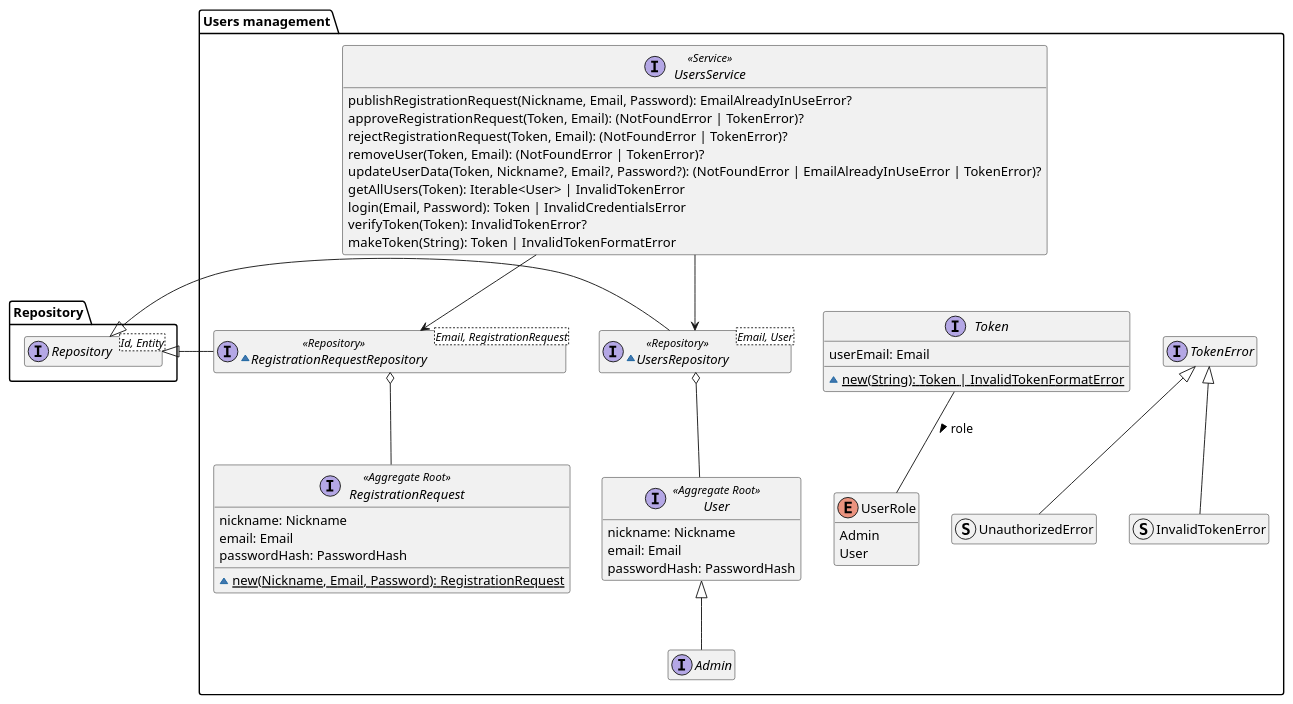
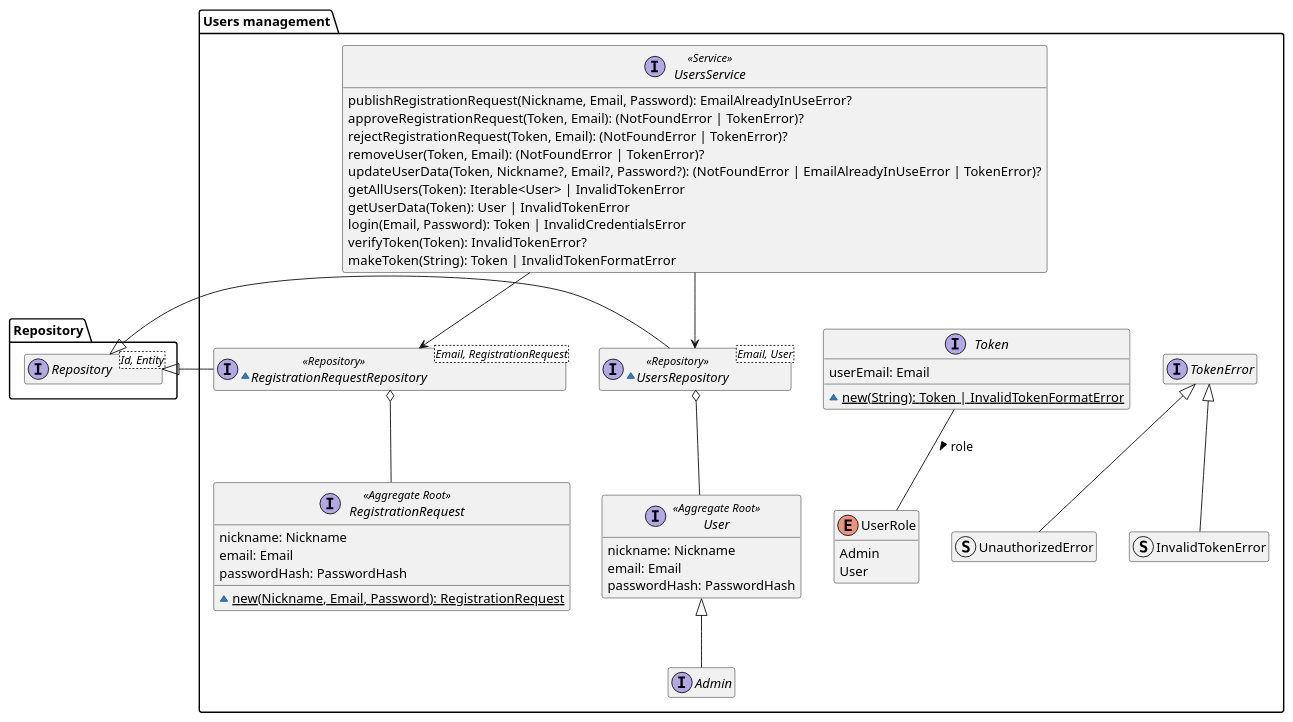
Before and after one commit to DomoticASW/.github: the diagram in diagrams/src/users-management-domain-model.puml, drawn with PlantUML. The commit also changed 1 other file, not shown here.

```diff
--- a/diagrams/src/users-management-domain-model.puml
+++ b/diagrams/src/users-management-domain-model.puml
@@ -1,65 +1,66 @@
 @startuml users-management-domain-model
 
 hide empty members
 package Repository{
     interface Repository<Id, Entity>
 }
 
 package "Users management" as Users {
     interface User <<Aggregate Root>> {
         nickname: Nickname
         email: Email
         passwordHash: PasswordHash
     }
     interface Admin extends User
 
     interface RegistrationRequest <<Aggregate Root>> {
         nickname: Nickname
         email: Email
         passwordHash: PasswordHash
         ~{static} new(Nickname, Email, Password): RegistrationRequest
     }
 
     interface Token {
         userEmail: Email
         ~{static} new(String): Token | InvalidTokenFormatError
     }
     enum UserRole {
         Admin
         User
     }
     Token -- UserRole : "role >"
 
     interface UsersService <<Service>> {
         publishRegistrationRequest(Nickname, Email, Password): EmailAlreadyInUseError?
         approveRegistrationRequest(Token, Email): (NotFoundError | TokenError)?
         rejectRegistrationRequest(Token, Email): (NotFoundError | TokenError)?
         removeUser(Token, Email): (NotFoundError | TokenError)?
         updateUserData(Token, Nickname?, Email?, Password?): (NotFoundError | EmailAlreadyInUseError | TokenError)?
         getAllUsers(Token): Iterable<User> | InvalidTokenError
+        getUserData(Token): User | InvalidTokenError
         login(Email, Password): Token | InvalidCredentialsError
         verifyToken(Token): InvalidTokenError?
         makeToken(String): Token | InvalidTokenFormatError
     }
 
     ~interface RegistrationRequestRepository<Email, RegistrationRequest> <<Repository>> {
     }
     RegistrationRequestRepository -l-|> Repository.Repository
     RegistrationRequestRepository o-- RegistrationRequest
     ~interface UsersRepository<Email, User> <<Repository>> {
     }
     UsersRepository -l-|> Repository.Repository
     UsersRepository o-- User
     
     UsersService --> UsersRepository
     UsersService --> RegistrationRequestRepository
 
     interface TokenError
     struct UnauthorizedError extends TokenError
     struct InvalidTokenError extends TokenError
     Token -r[hidden]- TokenError
 
     UsersService -[hidden]-> Token
 }
 
 @enduml
```
